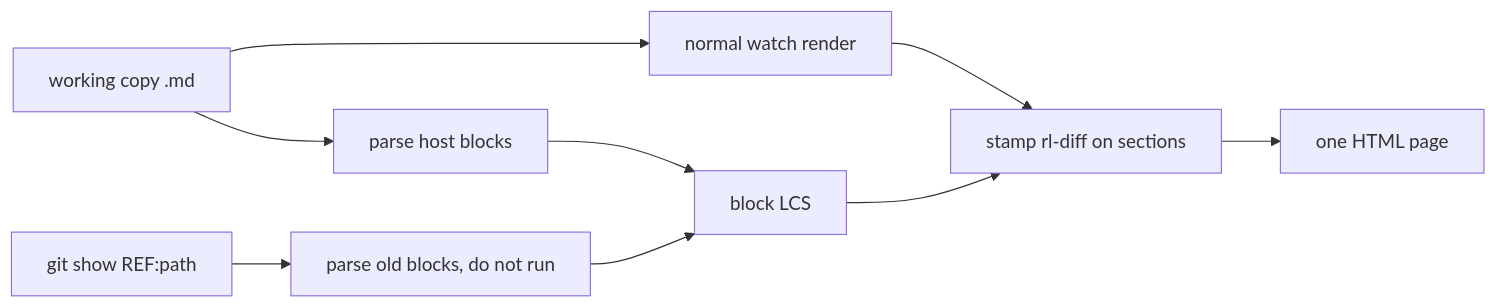
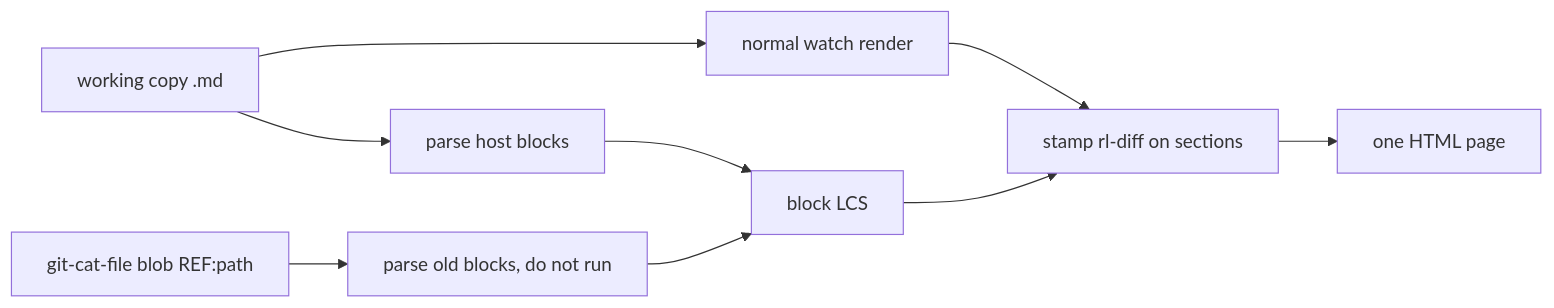
Before and after one commit to kreegerresearch/rustlab: the diagram in dev/plans/notebook_git_diff.md, drawn with Mermaid. The commit also changed other lines of this file and 18 other files, not shown here.

````diff
--- a/dev/plans/notebook_git_diff.md
+++ b/dev/plans/notebook_git_diff.md
@@ -89,11 +89,11 @@
 ```mermaid
 flowchart LR
   disk["working copy .md"] --> render["normal watch render"]
-  git["git show REF:path"] --> old["parse old blocks, do not run"]
+  git["git-cat-file blob REF:path"] --> old["parse old blocks, do not run"]
   disk --> parseNew["parse host blocks"]
   parseNew --> align["block LCS"]
   old --> align
   align --> mark["stamp rl-diff on sections"]
   render --> mark
   mark --> page["one HTML page"]
 ```
````
